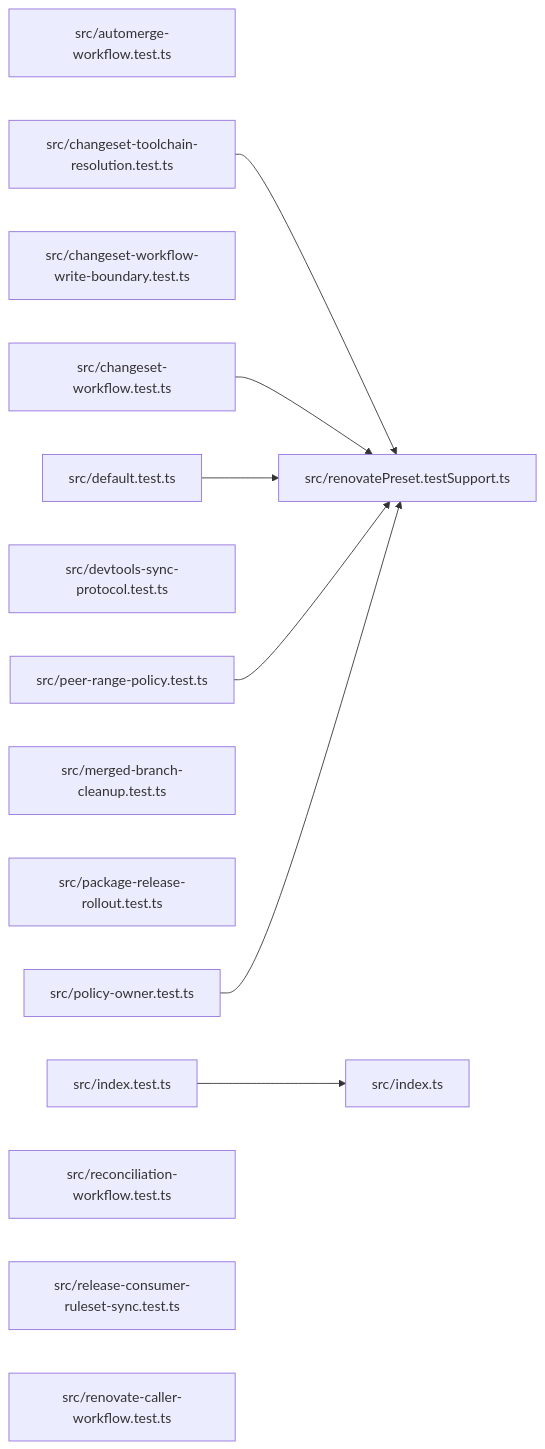
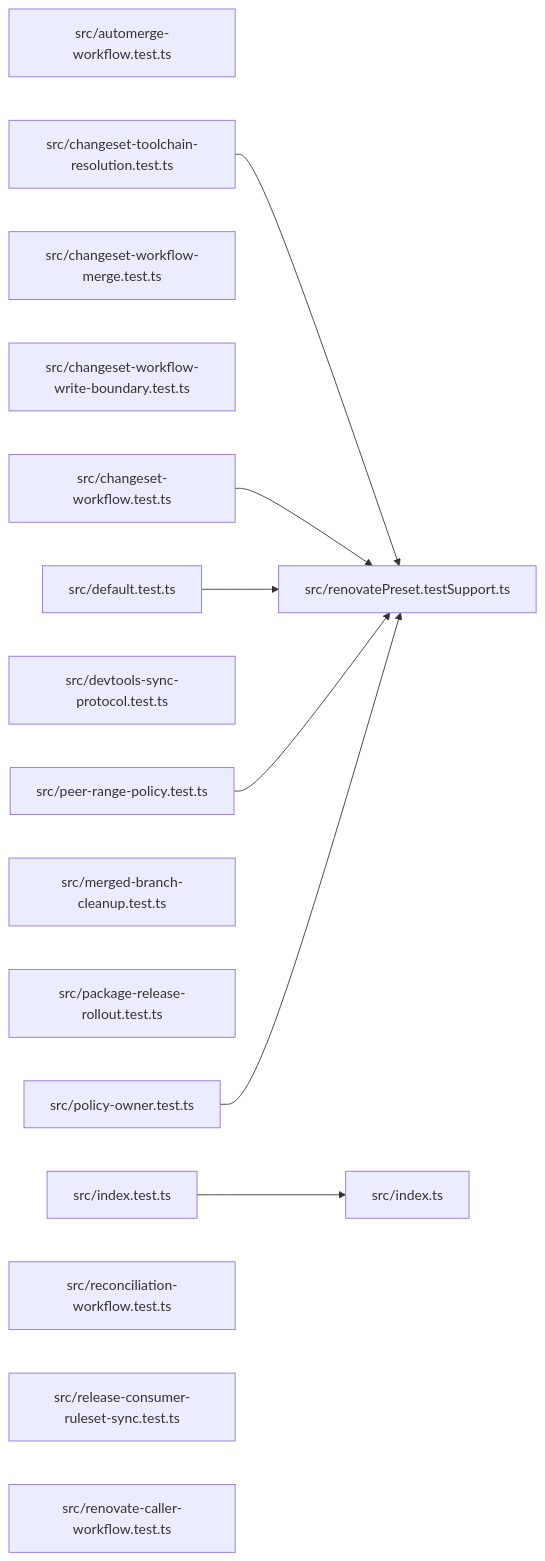
Before and after one commit to ankhorage/renovate: the diagram in paradox/diagrams/module-relationships.mmd, drawn with Mermaid. The commit also changed 9 other files, not shown here.

```diff
--- a/paradox/diagrams/module-relationships.mmd
+++ b/paradox/diagrams/module-relationships.mmd
@@ -1,23 +1,24 @@
 graph LR
   module_src_automerge_workflow_test_ts["src/automerge-workflow.test.ts"]
   module_src_changeset_toolchain_resolution_test_ts["src/changeset-toolchain-resolution.test.ts"]
+  module_src_changeset_workflow_merge_test_ts["src/changeset-workflow-merge.test.ts"]
   module_src_changeset_workflow_write_boundary_test_ts["src/changeset-workflow-write-boundary.test.ts"]
   module_src_changeset_workflow_test_ts["src/changeset-workflow.test.ts"]
   module_src_default_test_ts["src/default.test.ts"]
   module_src_devtools_sync_protocol_test_ts["src/devtools-sync-protocol.test.ts"]
   module_src_index_test_ts["src/index.test.ts"]
   module_src_index_ts["src/index.ts"]
   module_src_merged_branch_cleanup_test_ts["src/merged-branch-cleanup.test.ts"]
   module_src_package_release_rollout_test_ts["src/package-release-rollout.test.ts"]
   module_src_peer_range_policy_test_ts["src/peer-range-policy.test.ts"]
   module_src_policy_owner_test_ts["src/policy-owner.test.ts"]
   module_src_reconciliation_workflow_test_ts["src/reconciliation-workflow.test.ts"]
   module_src_release_consumer_ruleset_sync_test_ts["src/release-consumer-ruleset-sync.test.ts"]
   module_src_renovate_caller_workflow_test_ts["src/renovate-caller-workflow.test.ts"]
   module_src_renovatePreset_testSupport_ts["src/renovatePreset.testSupport.ts"]
   module_src_changeset_toolchain_resolution_test_ts --> module_src_renovatePreset_testSupport_ts
   module_src_changeset_workflow_test_ts --> module_src_renovatePreset_testSupport_ts
   module_src_default_test_ts --> module_src_renovatePreset_testSupport_ts
   module_src_index_test_ts --> module_src_index_ts
   module_src_peer_range_policy_test_ts --> module_src_renovatePreset_testSupport_ts
   module_src_policy_owner_test_ts --> module_src_renovatePreset_testSupport_ts
```
